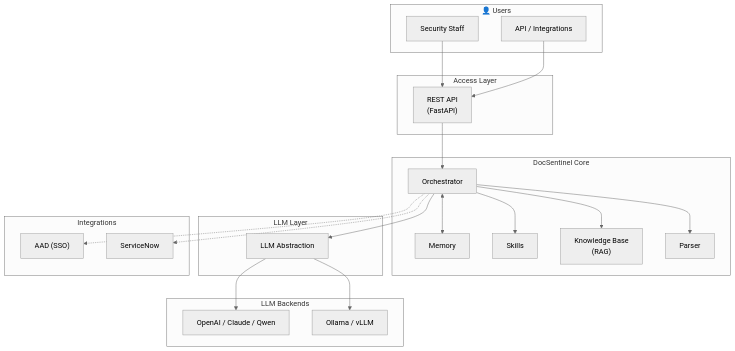
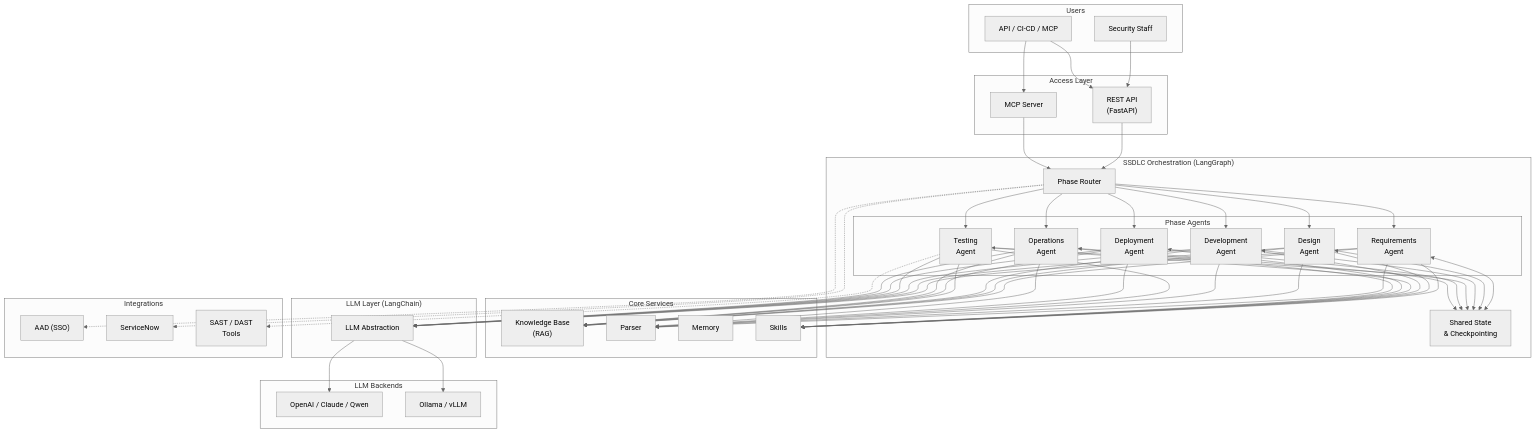
The first of 6 diagrams in ARCHITECTURE.md (arthurpanhku/DocSentinel), drawn with Mermaid (neutral theme) before and after one commit. The commit also changed other lines of this file and 9 other files, not shown here.

First line of the commit message:
feat: add SSDLC full lifecycle support with LangGraph orchestration

````diff
--- a/ARCHITECTURE.md
+++ b/ARCHITECTURE.md
@@ -41,41 +37,63 @@
 ```mermaid
 flowchart TB
-    subgraph Users["👤 Users"]
+    subgraph Users["Users"]
         Staff["Security Staff"]
-        APIUser["API / Integrations"]
+        APIUser["API / CI-CD / MCP"]
     end
     subgraph Access["Access Layer"]
         API["REST API\n(FastAPI)"]
+        MCP["MCP Server"]
     end
-    subgraph Core["DocSentinel Core"]
-        Orch["Orchestrator"]
+    subgraph Orchestration["SSDLC Orchestration (LangGraph)"]
+        Router["Phase Router"]
+        subgraph Agents["Phase Agents"]
+            A1["Requirements\nAgent"]
+            A2["Design\nAgent"]
+            A3["Development\nAgent"]
+            A4["Testing\nAgent"]
+            A5["Deployment\nAgent"]
+            A6["Operations\nAgent"]
+        end
+        State["Shared State\n& Checkpointing"]
+    end
+    subgraph Core["Core Services"]
+        KB["Knowledge Base\n(RAG)"]
+        Parser["Parser"]
         Mem["Memory"]
         Skill["Skills"]
-        KB["Knowledge Base\n(RAG)"]
-        Parser["Parser"]
     end
-    subgraph LLM["LLM Layer"]
+    subgraph LLM["LLM Layer (LangChain)"]
         Abst["LLM Abstraction"]
     end
     subgraph Backends["LLM Backends"]
         Cloud["OpenAI / Claude / Qwen"]
         Local["Ollama / vLLM"]
     end
     subgraph Integrations["Integrations"]
         AAD["AAD (SSO)"]
         SN["ServiceNow"]
+        Tools["SAST / DAST\nTools"]
     end
 
     Staff --> API
     APIUser --> API
-    API --> Orch
-    Orch <--> Mem
-    Orch --> Skill
-    Orch --> KB
-    Orch --> Parser
-    Orch --> Abst
+    APIUser --> MCP
+    API --> Router
+    MCP --> Router
+    Router --> A1
+    Router --> A2
+    Router --> A3
+    Router --> A4
+    Router --> A5
+    Router --> A6
+    A1 & A2 & A3 & A4 & A5 & A6 <--> State
+    A1 & A2 & A3 & A4 & A5 & A6 --> KB
+    A1 & A2 & A3 & A4 & A5 & A6 --> Parser
+    A1 & A2 & A3 & A4 & A5 & A6 --> Skill
+    A1 & A2 & A3 & A4 & A5 & A6 --> Abst
     Abst --> Cloud
     Abst --> Local
-    Orch -.-> AAD
-    Orch -.-> SN
+    Router -.-> AAD
+    Router -.-> SN
+    A4 -.-> Tools
 ```
````
